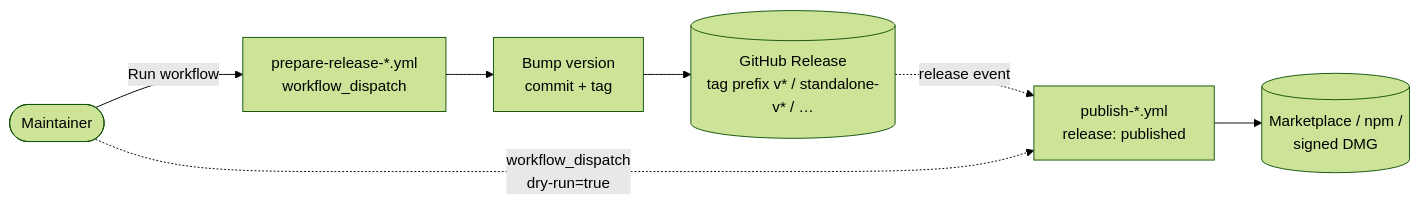
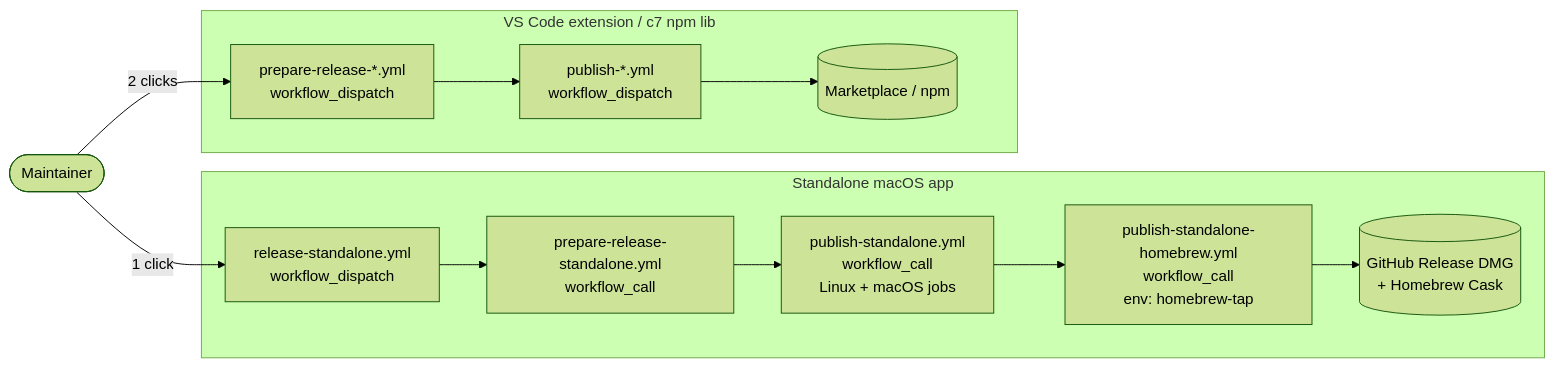
Before and after one commit to Miragon/bpmn-modeler: the diagram in docs/vscode/contributing/release-process.md, drawn with Mermaid (forest theme). The commit also changed other lines of this file and 5 other files, not shown here.

Commit message:
ci(standalone): single-click release orchestrator + cheaper macOS publish (#1005)

````diff
--- a/docs/vscode/contributing/release-process.md
+++ b/docs/vscode/contributing/release-process.md
@@ -26,17 +29,25 @@
 ```mermaid
 flowchart LR
     user([Maintainer])
-    prepare[prepare-release-*.yml<br/>workflow_dispatch]
-    bump[Bump version<br/>commit + tag]
-    ghrelease[(GitHub Release<br/>tag prefix v* / standalone-v* / …)]
-    publish[publish-*.yml<br/>release: published]
-    artifact[(Marketplace / npm /<br/>signed DMG)]
 
-    user -->|Run workflow| prepare
-    prepare --> bump
-    bump --> ghrelease
-    ghrelease -.->|release event| publish
-    publish --> artifact
+    subgraph Standalone[Standalone macOS app]
+        orchestrator[release-standalone.yml<br/>workflow_dispatch]
+        s_prepare[prepare-release-standalone.yml<br/>workflow_call]
+        s_publish[publish-standalone.yml<br/>workflow_call<br/>Linux + macOS jobs]
+        s_brew[publish-standalone-homebrew.yml<br/>workflow_call<br/>env: homebrew-tap]
+        s_assets[(GitHub Release DMG<br/>+ Homebrew Cask)]
 
-    user -.->|workflow_dispatch<br/>dry-run=true| publish
+        orchestrator --> s_prepare --> s_publish --> s_brew --> s_assets
+    end
+
+    subgraph Other[VS Code extension / c7 npm lib]
+        o_prepare[prepare-release-*.yml<br/>workflow_dispatch]
+        o_publish[publish-*.yml<br/>workflow_dispatch]
+        o_assets[(Marketplace / npm)]
+
+        o_prepare --> o_publish --> o_assets
+    end
+
+    user -->|1 click| orchestrator
+    user -->|2 clicks| o_prepare
 ```
````
